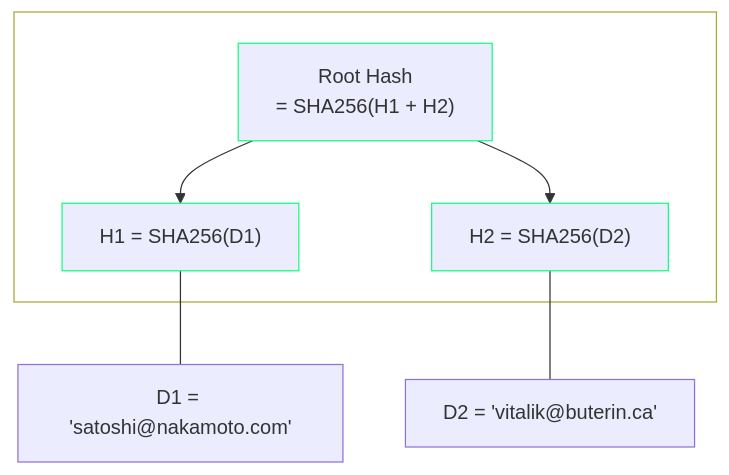
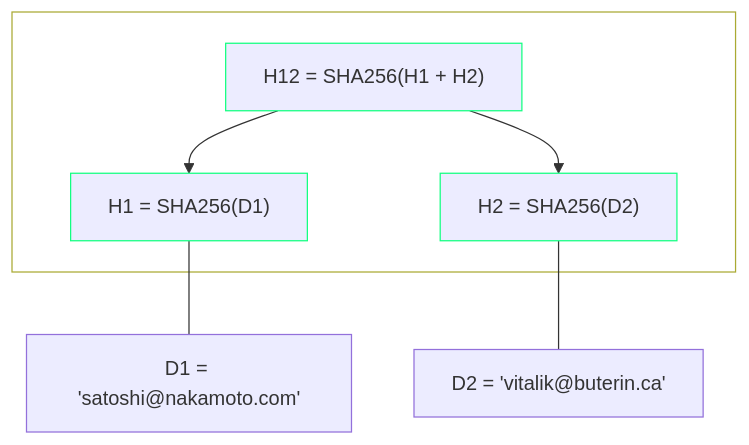
Before and after one commit to wentelteefje/safe-merkleproofs: the first of 3 diagrams in README.md, drawn with Mermaid. The commit also changed other lines of this file, not shown here.

Commit message:
minor diagram fix

````diff
--- a/README.md
+++ b/README.md
@@ -14,12 +14,12 @@
 ```mermaid
 graph TB;
     subgraph ED[ ]
-    A["Root Hash\n = SHA256(H1 + H2)"]:::safeStyle-->
+    A["H12 = SHA256(H1 + H2)"]:::safeStyle-->
     B["H1 = SHA256(D1)"]:::safeStyle;
     A-->C["H2 = SHA256(D2)"]:::safeStyle;
     end
     B---D["D1 = 'satoshi@nakamoto.com'"]
     C---E["D2 = 'vitalik@buterin.ca'"]
     style ED color:#12FF80, fill:none
     classDef safeStyle stroke:#12FF80
 ```
````
